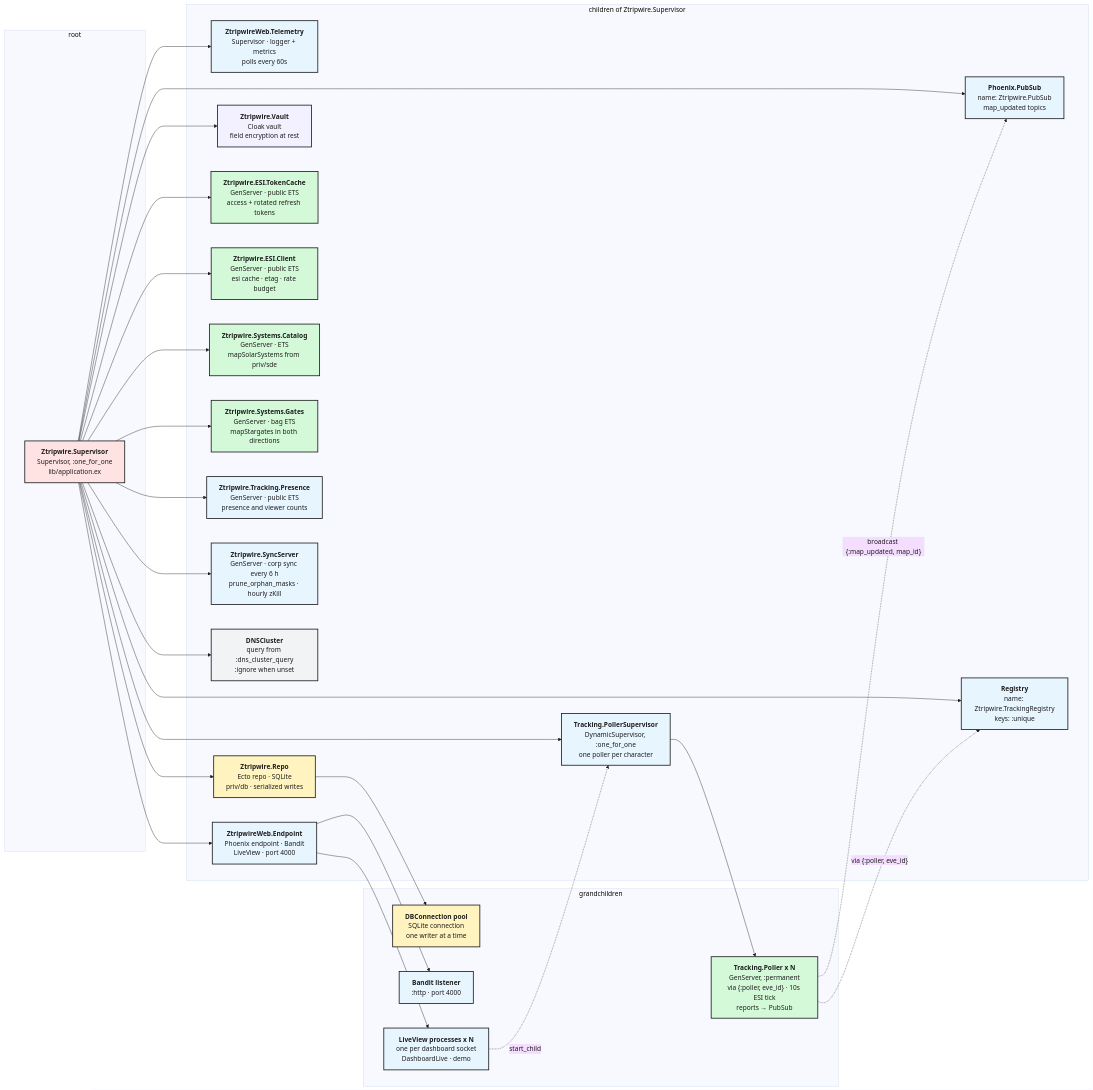
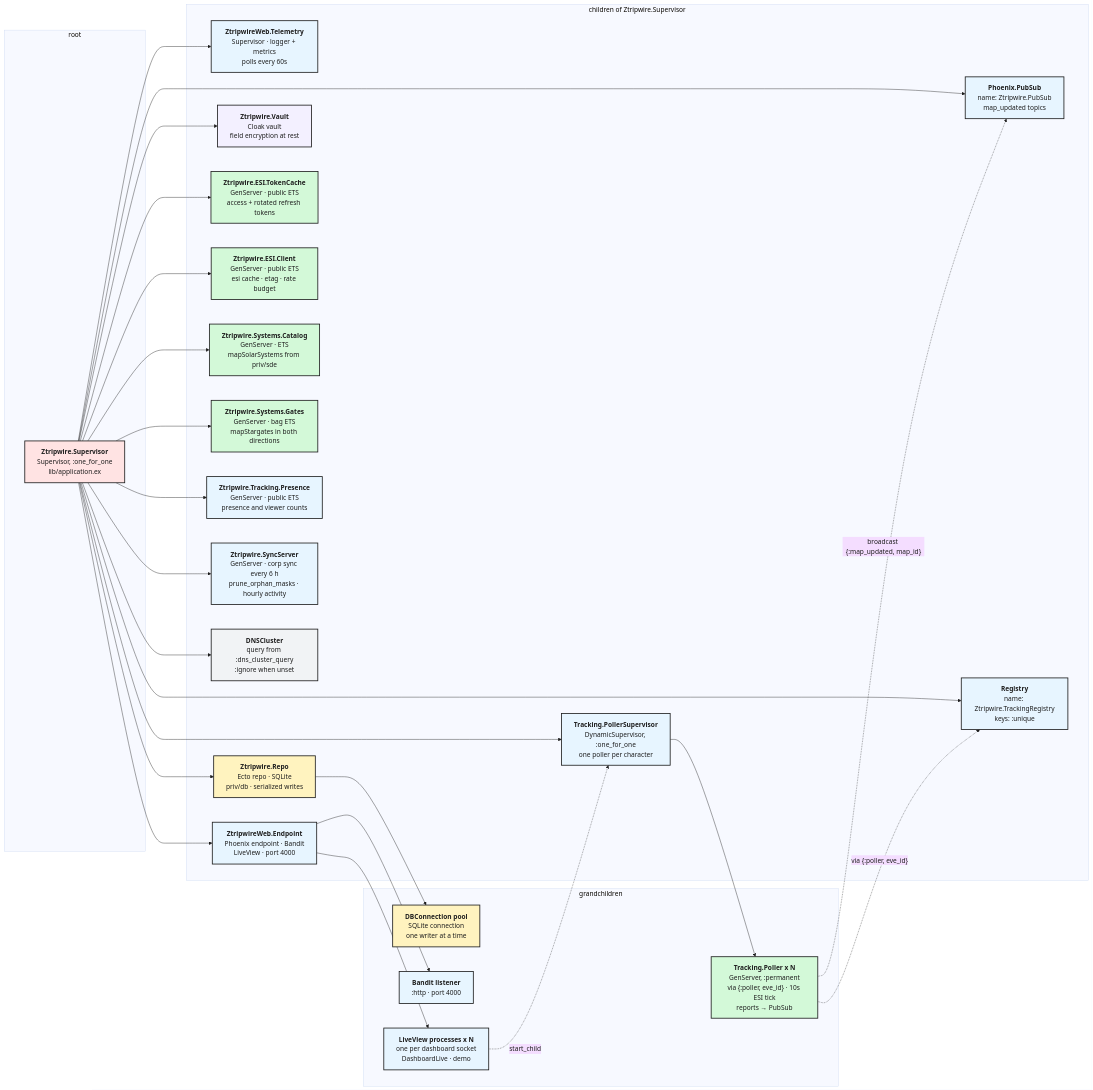
The first of 2 diagrams in docs/architecture.md (sudo-adduser-jordan/tripwire), drawn with Mermaid before and after one commit. The commit also changed other lines of this file and 39 other files, not shown here.

````diff
--- a/docs/architecture.md
+++ b/docs/architecture.md
@@ -15,56 +15,56 @@
 ```mermaid
 %%{init: {"theme": "base", "flowchart": {"curve": "basis", "nodeSpacing": 60, "rankSpacing": 100, "wrappingWidth": 200}, "themeVariables": {"fontFamily": "sans-serif", "lineColor": "#1e1e1e", "primaryTextColor": "#1e1e1e"}}}%%
 flowchart LR
   subgraph root_column["root"]
     ztripwire_supervisor["<b>Ztripwire.Supervisor</b><br/>Supervisor, :one_for_one<br/>lib/application.ex"]:::rose
   end
   subgraph child_column["children of Ztripwire.Supervisor"]
     ztripwireweb_telemetry["<b>ZtripwireWeb.Telemetry</b><br/>Supervisor · logger + metrics<br/>polls every 60s"]:::blue
     ztripwire_repo["<b>Ztripwire.Repo</b><br/>Ecto repo · SQLite<br/>priv/db · serialized writes"]:::yellow
     ztripwire_vault["<b>Ztripwire.Vault</b><br/>Cloak vault<br/>field encryption at rest"]:::violet
     ztripwire_esi_tokencache["<b>Ztripwire.ESI.TokenCache</b><br/>GenServer · public ETS<br/>access + rotated refresh tokens"]:::green
     ztripwire_esi_client["<b>Ztripwire.ESI.Client</b><br/>GenServer · public ETS<br/>esi cache · etag · rate budget"]:::green
     ztripwire_systems_catalog["<b>Ztripwire.Systems.Catalog</b><br/>GenServer · ETS<br/>mapSolarSystems from priv/sde"]:::green
     ztripwire_systems_gates["<b>Ztripwire.Systems.Gates</b><br/>GenServer · bag ETS<br/>mapStargates in both directions"]:::green
     phoenix_pubsub["<b>Phoenix.PubSub</b><br/>name: Ztripwire.PubSub<br/>map_updated topics"]:::blue
     ztripwire_tracking_presence["<b>Ztripwire.Tracking.Presence</b><br/>GenServer · public ETS<br/>presence and viewer counts"]:::blue
     tracking_pollersupervisor["<b>Tracking.PollerSupervisor</b><br/>DynamicSupervisor, :one_for_one<br/>one poller per character"]:::blue
     registry["<b>Registry</b><br/>name: Ztripwire.TrackingRegistry<br/>keys: :unique"]:::blue
-    ztripwire_syncserver["<b>Ztripwire.SyncServer</b><br/>GenServer · corp sync every 6 h<br/>prune_orphan_masks · hourly zKill"]:::blue
+    ztripwire_syncserver["<b>Ztripwire.SyncServer</b><br/>GenServer · corp sync every 6 h<br/>prune_orphan_masks · hourly activity"]:::blue
     dnscluster["<b>DNSCluster</b><br/>query from :dns_cluster_query<br/>:ignore when unset"]:::gray
     ztripwireweb_endpoint["<b>ZtripwireWeb.Endpoint</b><br/>Phoenix endpoint · Bandit<br/>LiveView · port 4000"]:::blue
   end
   subgraph grandchild_column["grandchildren"]
     dbconnection_pool["<b>DBConnection pool</b><br/>SQLite connection<br/>one writer at a time"]:::yellow
     tracking_poller_x_n["<b>Tracking.Poller x N</b><br/>GenServer, :permanent<br/>via {:poller, eve_id} · 10s ESI tick<br/>reports → PubSub"]:::green
     bandit_listener["<b>Bandit listener</b><br/>:http · port 4000"]:::blue
     liveview_processes_x_n["<b>LiveView processes x N</b><br/>one per dashboard socket<br/>DashboardLive · demo"]:::blue
   end
   ztripwire_supervisor --> ztripwireweb_telemetry
   ztripwire_supervisor --> ztripwire_repo
   ztripwire_supervisor --> ztripwire_vault
   ztripwire_supervisor --> ztripwire_esi_tokencache
   ztripwire_supervisor --> ztripwire_esi_client
   ztripwire_supervisor --> ztripwire_systems_catalog
   ztripwire_supervisor --> ztripwire_systems_gates
   ztripwire_supervisor --> phoenix_pubsub
   ztripwire_supervisor --> ztripwire_tracking_presence
   ztripwire_supervisor --> tracking_pollersupervisor
   ztripwire_supervisor --> registry
   ztripwire_supervisor --> ztripwire_syncserver
   ztripwire_supervisor --> dnscluster
   ztripwire_supervisor --> ztripwireweb_endpoint
   ztripwire_repo --> dbconnection_pool
   tracking_pollersupervisor --> tracking_poller_x_n
   ztripwireweb_endpoint --> bandit_listener
   ztripwireweb_endpoint --> liveview_processes_x_n
   tracking_poller_x_n -.->|"via {:poller, eve_id}"| registry
   tracking_poller_x_n -.->|"broadcast {:map_updated, map_id}"| phoenix_pubsub
   liveview_processes_x_n -.->|"start_child"| tracking_pollersupervisor
   classDef rose fill:#ffe3e3,stroke:#1e1e1e,stroke-width:2px,color:#1e1e1e
   classDef blue fill:#e7f5ff,stroke:#1e1e1e,stroke-width:2px,color:#1e1e1e
   classDef yellow fill:#fff3bf,stroke:#1e1e1e,stroke-width:2px,color:#1e1e1e
   classDef violet fill:#f3f0ff,stroke:#1e1e1e,stroke-width:2px,color:#1e1e1e
   classDef green fill:#d3f9d8,stroke:#1e1e1e,stroke-width:2px,color:#1e1e1e
   classDef gray fill:#f1f3f5,stroke:#1e1e1e,stroke-width:2px,color:#1e1e1e
 ```
````
